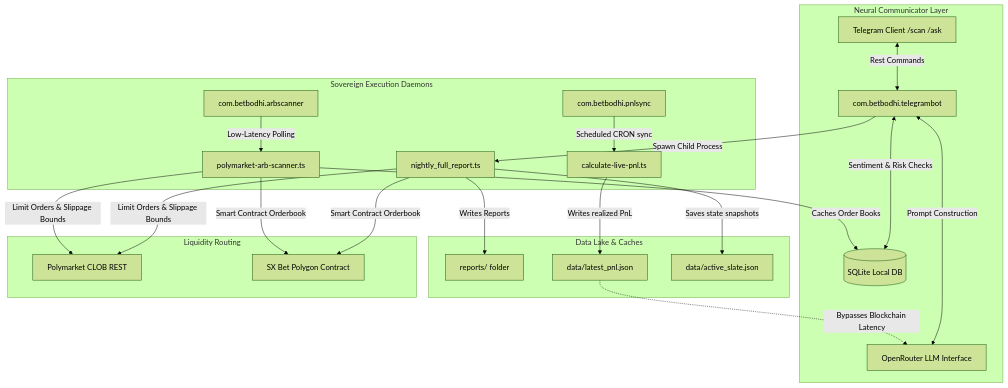
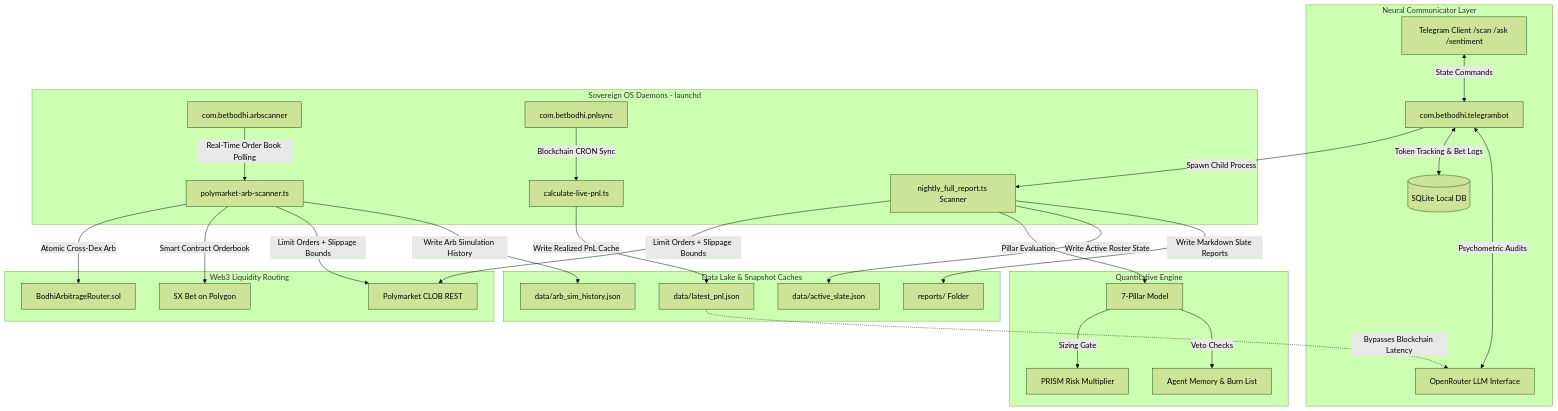
The first of 2 diagrams in README.md (nicholasmacaskill/bet-bodhi-agent-public), drawn with Mermaid (forest theme) before and after one commit. The commit also changed other lines of this file, not shown here.

Commit message:
docs: comprehensive master README - arb router, MERGE/SPLIT math, PRISM flow, all DB schemas, full dir map, case studies

````diff
--- a/README.md
+++ b/README.md
@@ -13,28 +13,35 @@
 ```mermaid
 graph TD
     subgraph Client [Neural Communicator Layer]
-        A[Telegram Client /scan /ask] <-->|Rest Commands| B[com.betbodhi.telegrambot]
-        B <-->|Sentiment & Risk Checks| C[(SQLite Local DB)]
-        B <-->|Prompt Construction| D[OpenRouter LLM Interface]
+        A[Telegram Client /scan /ask /sentiment] <-->|State Commands| B[com.betbodhi.telegrambot]
+        B <-->|Psychometric Audits| C[OpenRouter LLM Interface]
+        B <-->|Token Tracking & Bet Logs| D[(SQLite Local DB)]
     end
 
-    subgraph Core [Sovereign Execution Daemons]
-        B -->|Spawn Child Process| E[nightly_full_report.ts]
-        F[com.betbodhi.arbscanner] -->|Low-Latency Polling| G[polymarket-arb-scanner.ts]
-        H[com.betbodhi.pnlsync] -->|Scheduled CRON sync| I[calculate-live-pnl.ts]
+    subgraph Daemons [Sovereign OS Daemons - launchd]
+        B -->|Spawn Child Process| E[nightly_full_report.ts Scanner]
+        F[com.betbodhi.arbscanner] -->|Real-Time Order Book Polling| G[polymarket-arb-scanner.ts]
+        H[com.betbodhi.pnlsync] -->|Blockchain CRON Sync| I[calculate-live-pnl.ts]
     end
 
-    subgraph DataLake [Data Lake & Caches]
-        E -->|Writes Reports| J[reports/ folder]
-        I -->|Writes realized PnL| K[data/latest_pnl.json]
-        E -->|Saves state snapshots| L[data/active_slate.json]
-        G -->|Caches Order Books| C
+    subgraph DataLake [Data Lake & Snapshot Caches]
+        E -->|Write Markdown Slate Reports| J[reports/ Folder]
+        I -->|Write Realized PnL Cache| K[data/latest_pnl.json]
+        E -->|Write Active Roster State| L[data/active_slate.json]
+        G -->|Write Arb Simulation History| M[data/arb_sim_history.json]
     end
 
-    subgraph Execution [Liquidity Routing]
-        E & G -->|Limit Orders & Slippage Bounds| M[Polymarket CLOB REST]
-        E & G -->|Smart Contract Orderbook| N[SX Bet Polygon Contract]
+    subgraph Quant [Quantitative Engine]
+        E -->|Pillar Evaluation| N[7-Pillar Model]
+        N -->|Veto Checks| O[Agent Memory & Burn List]
+        N -->|Sizing Gate| P[PRISM Risk Multiplier]
     end
-    
-    K -.->|Bypasses Blockchain Latency| D
+
+    subgraph Execution [Web3 Liquidity Routing]
+        E & G -->|Limit Orders + Slippage Bounds| Q[Polymarket CLOB REST]
+        G -->|Smart Contract Orderbook| R[SX Bet on Polygon]
+        G -->|Atomic Cross-Dex Arb| S[BodhiArbitrageRouter.sol]
+    end
+
+    K -.->|Bypasses Blockchain Latency| C
 ```
````
